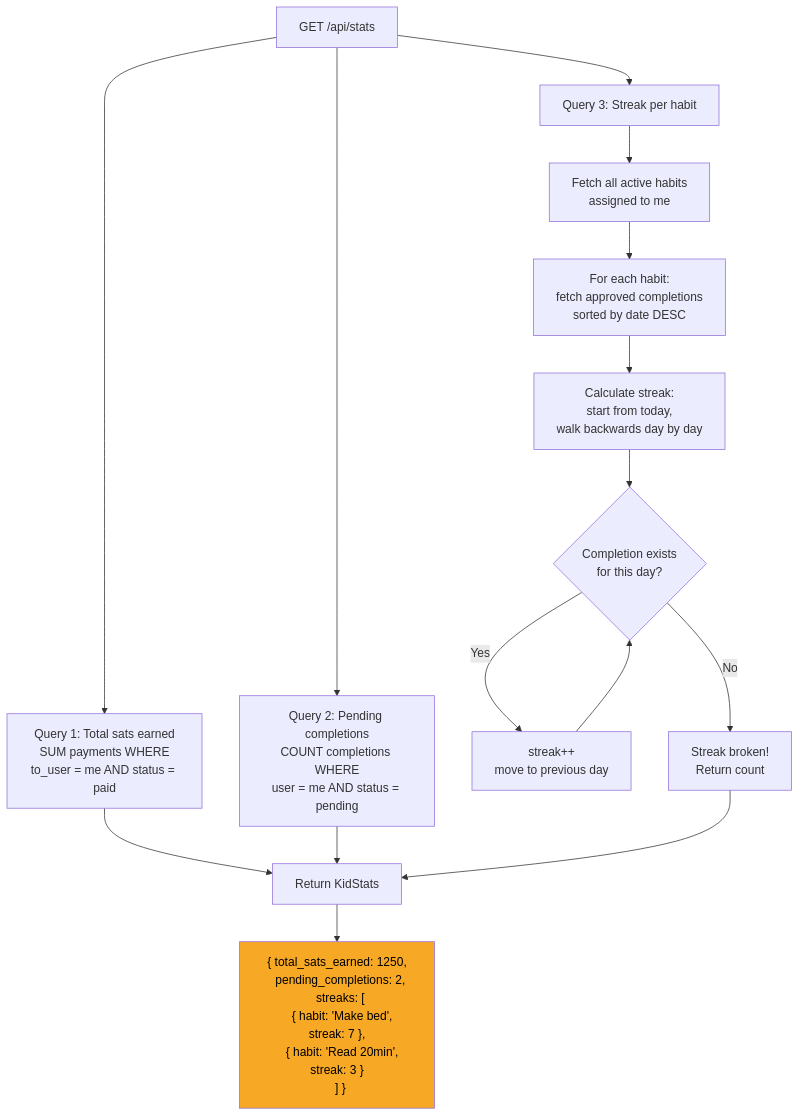
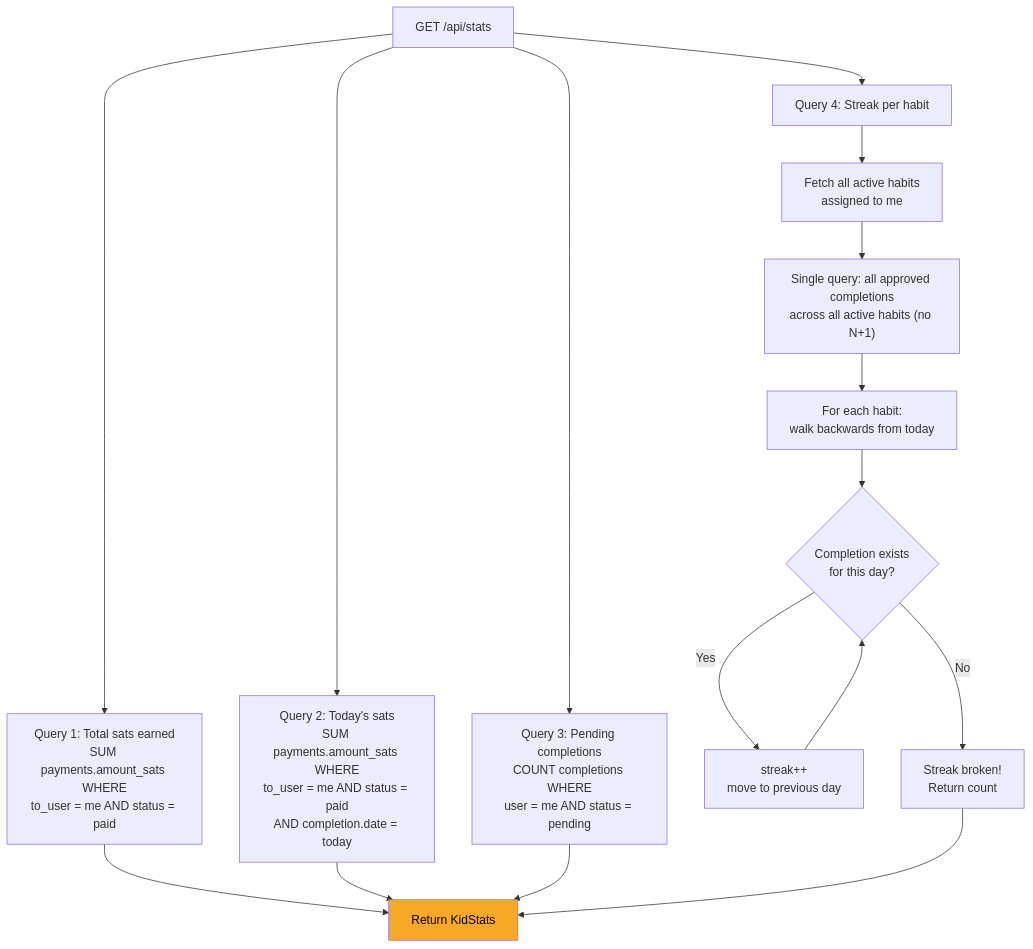
The diagram in docs/flows/stats-and-streaks.md (bitbybit-ar/bitbybit-habits), drawn with Mermaid before and after one commit. The commit also changed other lines of this file and 8 other files, not shown here.

Commit message:
fix: todaySats counts only paid payments instead of approved completions Kid dashboard showed sats for habits where the completion was approved but the payment was still pending or had failed. Now joins the payments table   and only sums amount_sats where status = 'paid'.

````diff
--- a/docs/flows/stats-and-streaks.md
+++ b/docs/flows/stats-and-streaks.md
@@ -5,22 +5,22 @@
 ```mermaid
 flowchart TD
-    A["GET /api/stats"] --> B["Query 1: Total sats earned<br/>SUM payments WHERE<br/>to_user = me AND status = paid"]
-    A --> C["Query 2: Pending completions<br/>COUNT completions WHERE<br/>user = me AND status = pending"]
-    A --> D["Query 3: Streak per habit"]
+    A["GET /api/stats"] --> B["Query 1: Total sats earned<br/>SUM payments.amount_sats WHERE<br/>to_user = me AND status = paid"]
+    A --> C["Query 2: Today's sats<br/>SUM payments.amount_sats WHERE<br/>to_user = me AND status = paid<br/>AND completion.date = today"]
+    A --> D["Query 3: Pending completions<br/>COUNT completions WHERE<br/>user = me AND status = pending"]
+    A --> E["Query 4: Streak per habit"]
 
-    D --> E["Fetch all active habits<br/>assigned to me"]
-    E --> F["For each habit:<br/>fetch approved completions<br/>sorted by date DESC"]
-    F --> G["Calculate streak:<br/>start from today,<br/>walk backwards day by day"]
-    G --> H{Completion exists<br/>for this day?}
-    H -- Yes --> I["streak++ <br/>move to previous day"]
-    I --> H
-    H -- No --> J["Streak broken!<br/>Return count"]
+    E --> F["Fetch all active habits<br/>assigned to me"]
+    F --> G["Single query: all approved completions<br/>across all active habits (no N+1)"]
+    G --> H["For each habit:<br/>walk backwards from today"]
+    H --> I{Completion exists<br/>for this day?}
+    I -- Yes --> J["streak++ <br/>move to previous day"]
+    J --> I
+    I -- No --> K["Streak broken!<br/>Return count"]
 
-    B --> K["Return KidStats"]
-    C --> K
-    J --> K
-
-    K --> L["{ total_sats_earned: 1250,<br/>  pending_completions: 2,<br/>  streaks: [<br/>    { habit: 'Make bed', streak: 7 },<br/>    { habit: 'Read 20min', streak: 3 }<br/>  ] }"]
+    B --> L["Return KidStats"]
+    C --> L
+    D --> L
+    K --> L
 
     style L fill:#F7A825,color:#000
 ```
````
